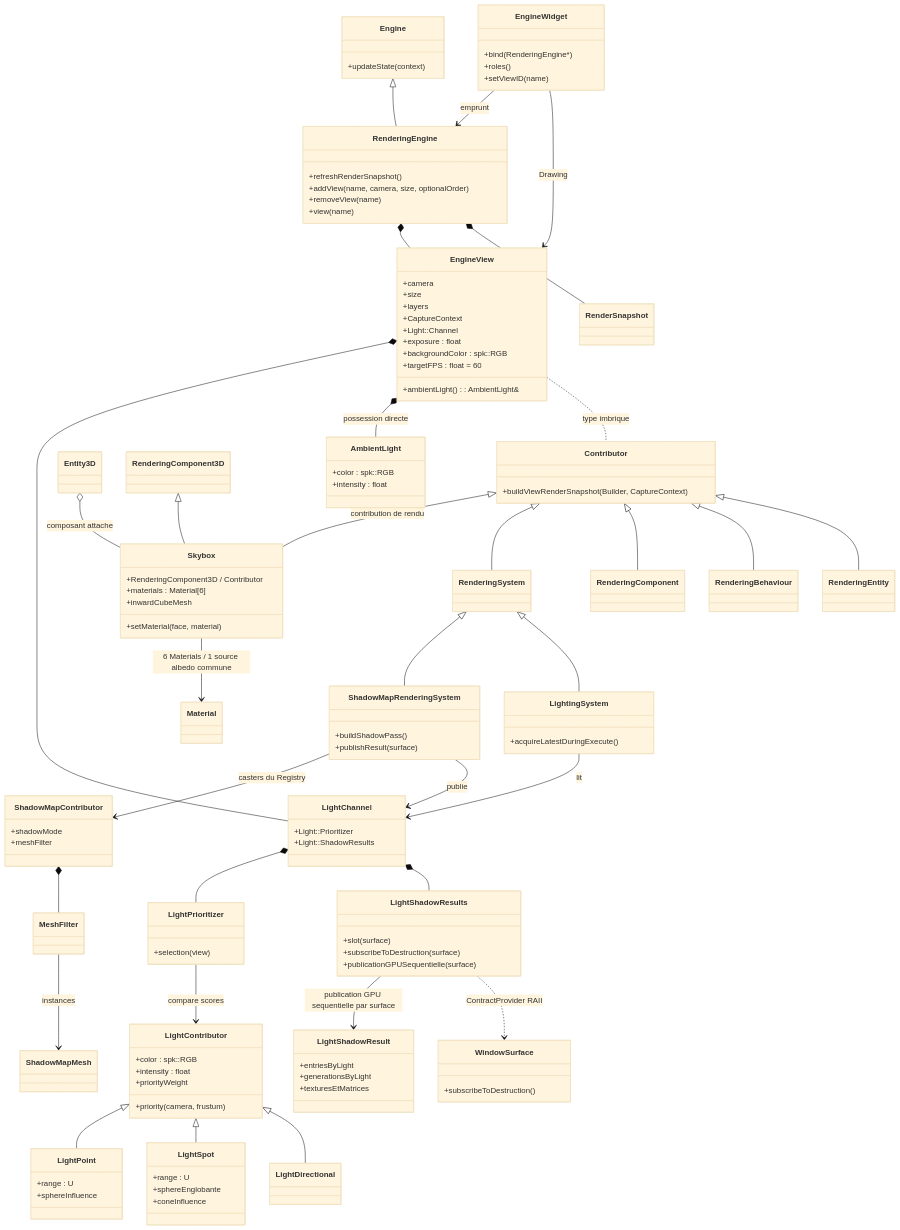
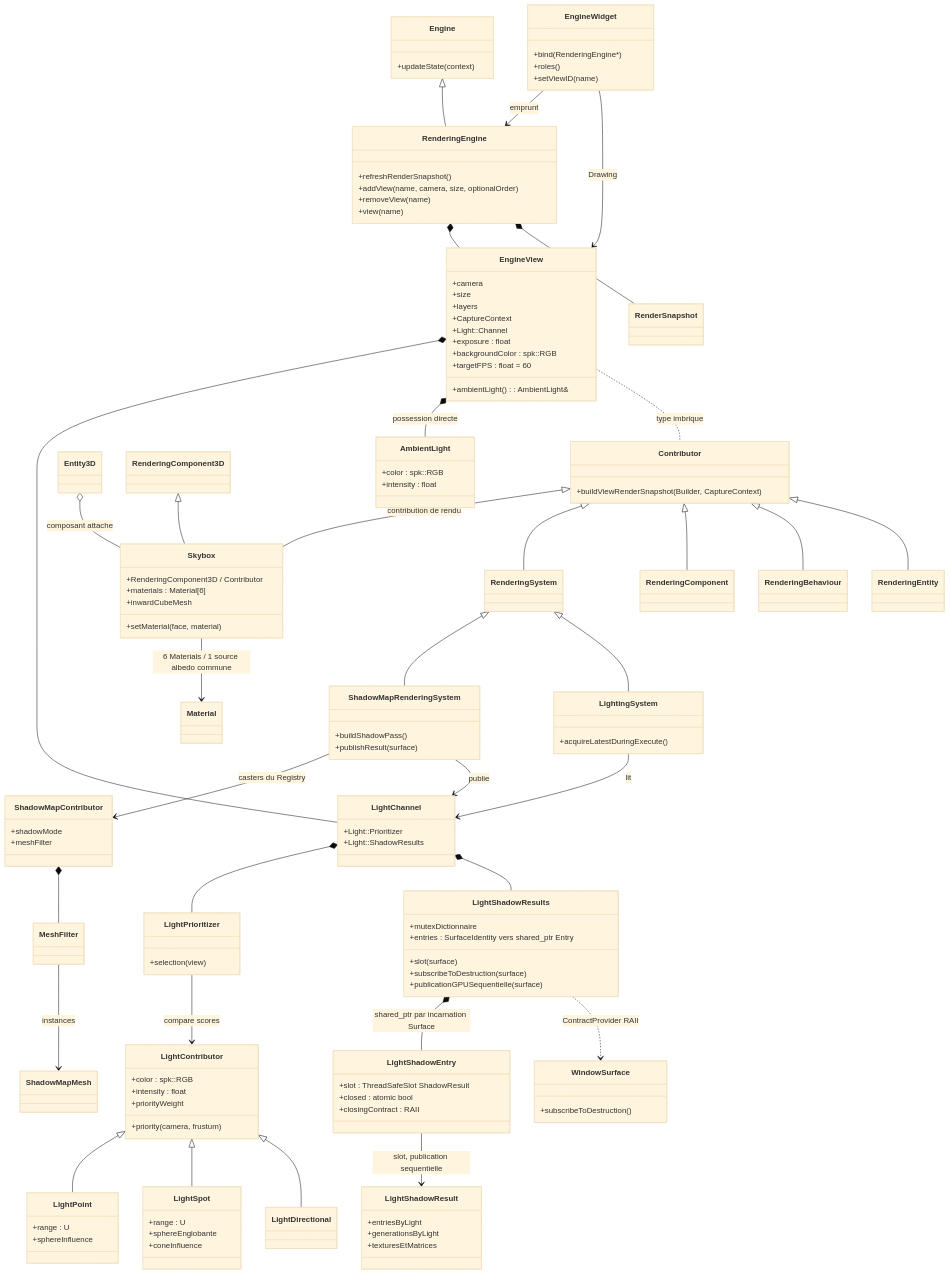
Before and after one commit to EreliaStudio/Sparkle: the first of 10 diagrams in docs/voxel-engine-v0.1.4/07-vues-et-passes.md, drawn with Mermaid (base theme). The commit also changed other lines of this file and 4 other files, not shown here.

Commit message:
docs(v0.1.4): synchronize shadow slot registry with shared lifetime entries

```diff
--- a/docs/voxel-engine-v0.1.4/07-vues-et-passes.md
+++ b/docs/voxel-engine-v0.1.4/07-vues-et-passes.md
@@ -57,9 +57,16 @@
     +selection(view)
   }
   class LightShadowResults {
+    +mutexDictionnaire
+    +entries : SurfaceIdentity vers shared_ptr Entry
     +slot(surface)
     +subscribeToDestruction(surface)
     +publicationGPUSequentielle(surface)
+  }
+  class LightShadowEntry {
+    +slot : ThreadSafeSlot ShadowResult
+    +closed : atomic bool
+    +closingContract : RAII
   }
   class LightShadowResult {
     +entriesByLight
@@ -119,7 +126,8 @@
   Contributor <|-- RenderingEntity
   LightChannel *-- LightPrioritizer
   LightChannel *-- LightShadowResults
-  LightShadowResults --> LightShadowResult : publication GPU sequentielle par surface
+  LightShadowResults *-- LightShadowEntry : shared_ptr par incarnation Surface
+  LightShadowEntry --> LightShadowResult : slot, publication sequentielle
   LightShadowResults ..> WindowSurface : ContractProvider RAII
   LightContributor <|-- LightPoint
   LightContributor <|-- LightSpot
```
